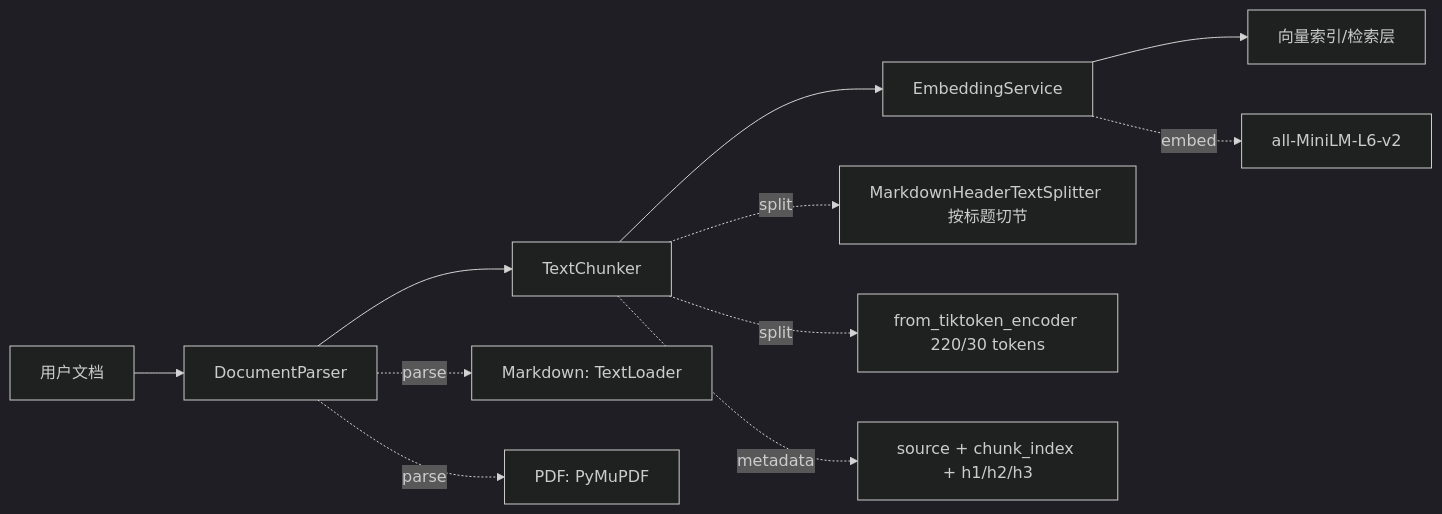
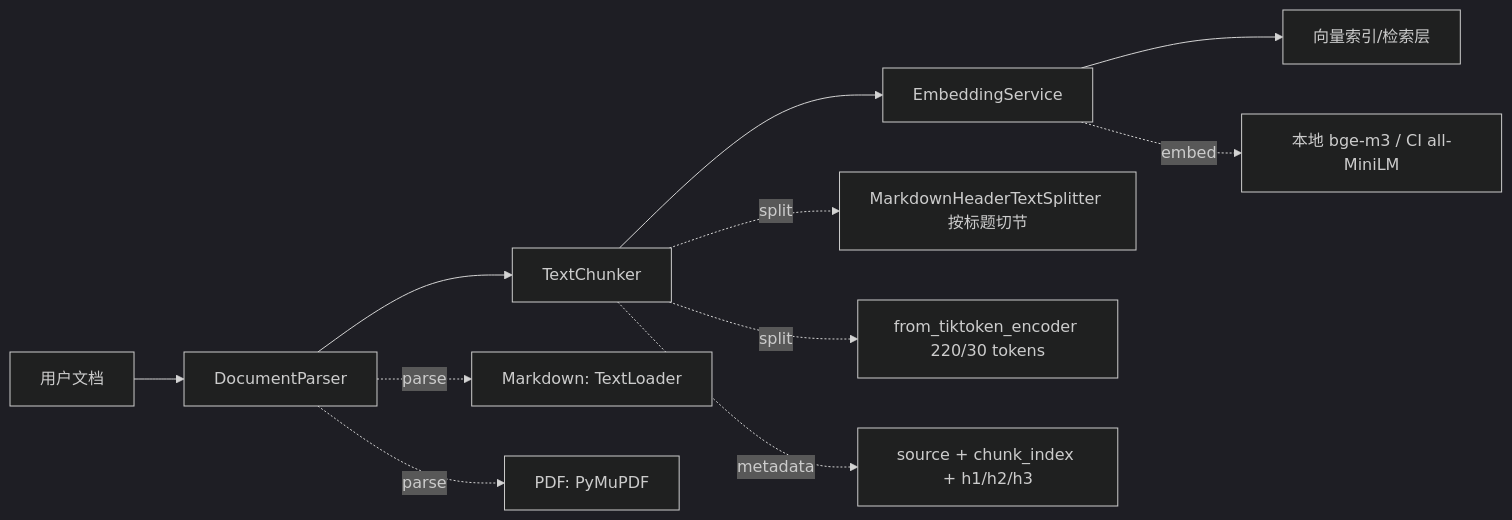
Before and after one commit to yyc2417/RAGForge: the diagram in docs/modules/ingestion.md, drawn with Mermaid (dark theme). The commit also changed other lines of this file and 10 other files, not shown here.

````diff
--- a/docs/modules/ingestion.md
+++ b/docs/modules/ingestion.md
@@ -90,16 +90,16 @@
 ```mermaid
 graph LR
     A[用户文档] --> B[DocumentParser]
     B --> C[TextChunker]
     C --> D[EmbeddingService]
     D --> E[向量索引/检索层]
 
     B -.parse.-> B1[Markdown: TextLoader]
     B -.parse.-> B2[PDF: PyMuPDF]
 
     C -.split.-> C1[MarkdownHeaderTextSplitter 按标题切节]
     C -.split.-> C2[from_tiktoken_encoder 220/30 tokens]
     C -.metadata.-> C3[source + chunk_index + h1/h2/h3]
 
-    D -.embed.-> D1[all-MiniLM-L6-v2]
+    D -.embed.-> D1[本地 bge-m3 / CI all-MiniLM]
 ```
````
